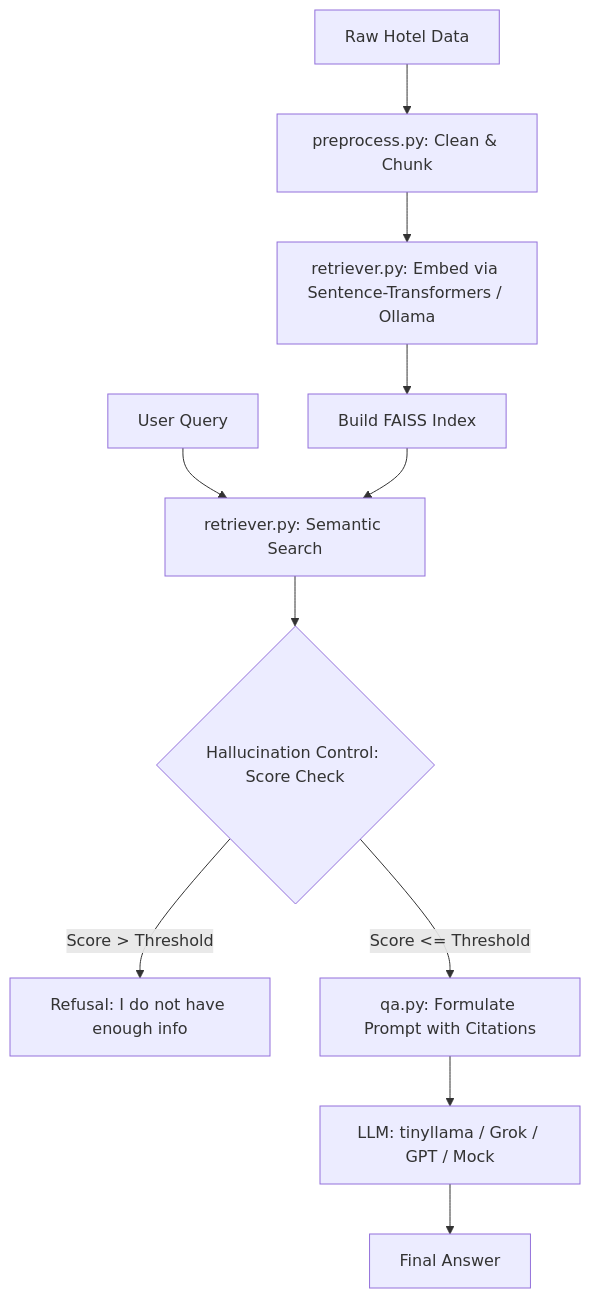
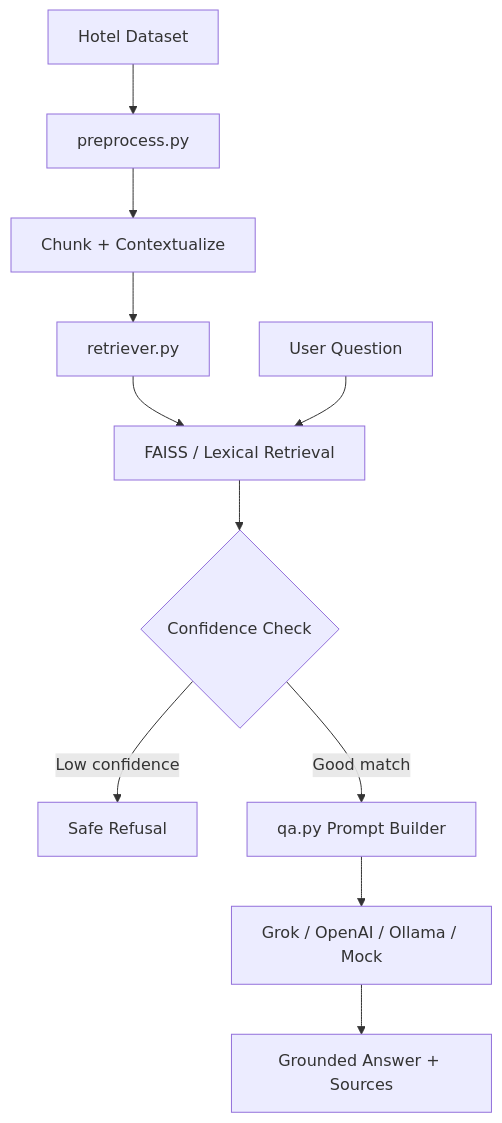
One commit to HARMAN-SINGH0001/Rag_based changed the diagram in README.md. Above: the diagram before and after it, drawn with Mermaid. The commit also changed other lines of this file, not shown here.

````diff
--- a/README.md
+++ b/README.md
@@ -9,13 +26,13 @@
 ```mermaid
 graph TD
-    A[Raw Hotel Data] --> B[preprocess.py: Clean & Chunk]
-    B --> C[retriever.py: Embed via Sentence-Transformers / Ollama]
-    C --> D[Build FAISS Index]
-    E[User Query] --> F[retriever.py: Semantic Search]
-    D --> F
-    F --> G{Hallucination Control: Score Check}
-    G -- Score > Threshold --> H[Refusal: I do not have enough info]
-    G -- Score <= Threshold --> I[qa.py: Formulate Prompt with Citations]
-    I --> J[LLM: tinyllama / Grok / GPT / Mock]
-    J --> K[Final Answer]
+    A[Hotel Dataset] --> B[preprocess.py]
+    B --> C[Chunk + Contextualize]
+    C --> D[retriever.py]
+    D --> E[FAISS / Lexical Retrieval]
+    F[User Question] --> E
+    E --> G{Confidence Check}
+    G -- Low confidence --> H[Safe Refusal]
+    G -- Good match --> I[qa.py Prompt Builder]
+    I --> J[Grok / OpenAI / Ollama / Mock]
+    J --> K[Grounded Answer + Sources]
 ```
````
